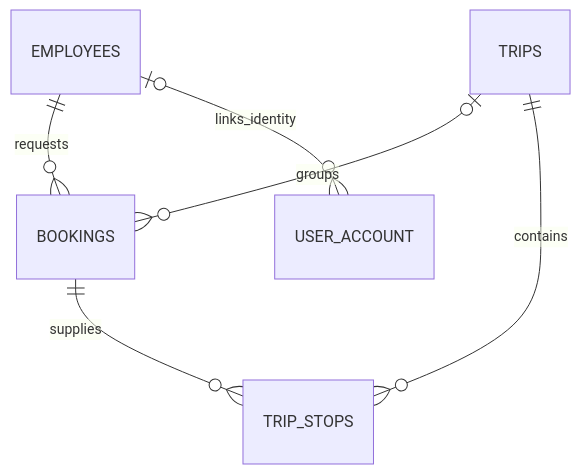
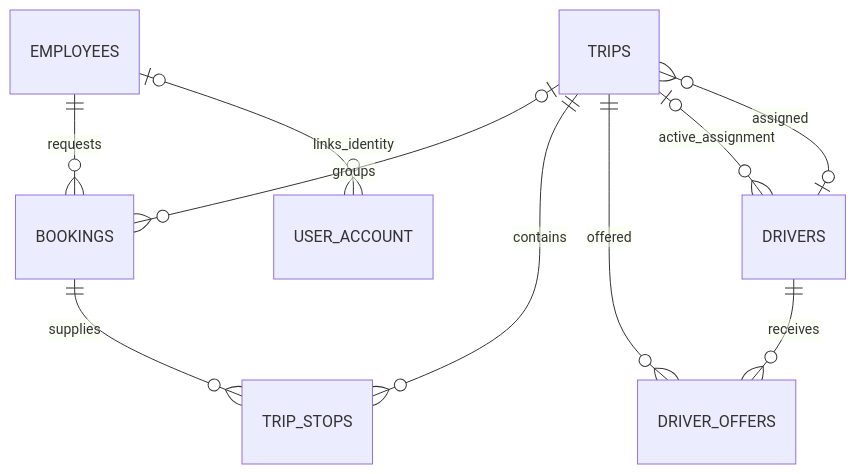
Before and after one commit to aakash-kr-7/sla-aware-ride-batching: the first of 2 diagrams in docs/domain-model.md, drawn with Mermaid. The commit also changed other lines of this file and 6 other files, not shown here.

````diff
--- a/docs/domain-model.md
+++ b/docs/domain-model.md
@@ -9,8 +9,12 @@
 ```mermaid
 erDiagram
     EMPLOYEES ||--o{ BOOKINGS : requests
     EMPLOYEES |o--o{ USER_ACCOUNT : links_identity
     TRIPS |o--o{ BOOKINGS : groups
     TRIPS ||--o{ TRIP_STOPS : contains
     BOOKINGS ||--o{ TRIP_STOPS : supplies
+    DRIVERS ||--o{ DRIVER_OFFERS : receives
+    TRIPS ||--o{ DRIVER_OFFERS : offered
+    DRIVERS |o--o{ TRIPS : assigned
+    TRIPS |o--o{ DRIVERS : active_assignment
 ```
````
